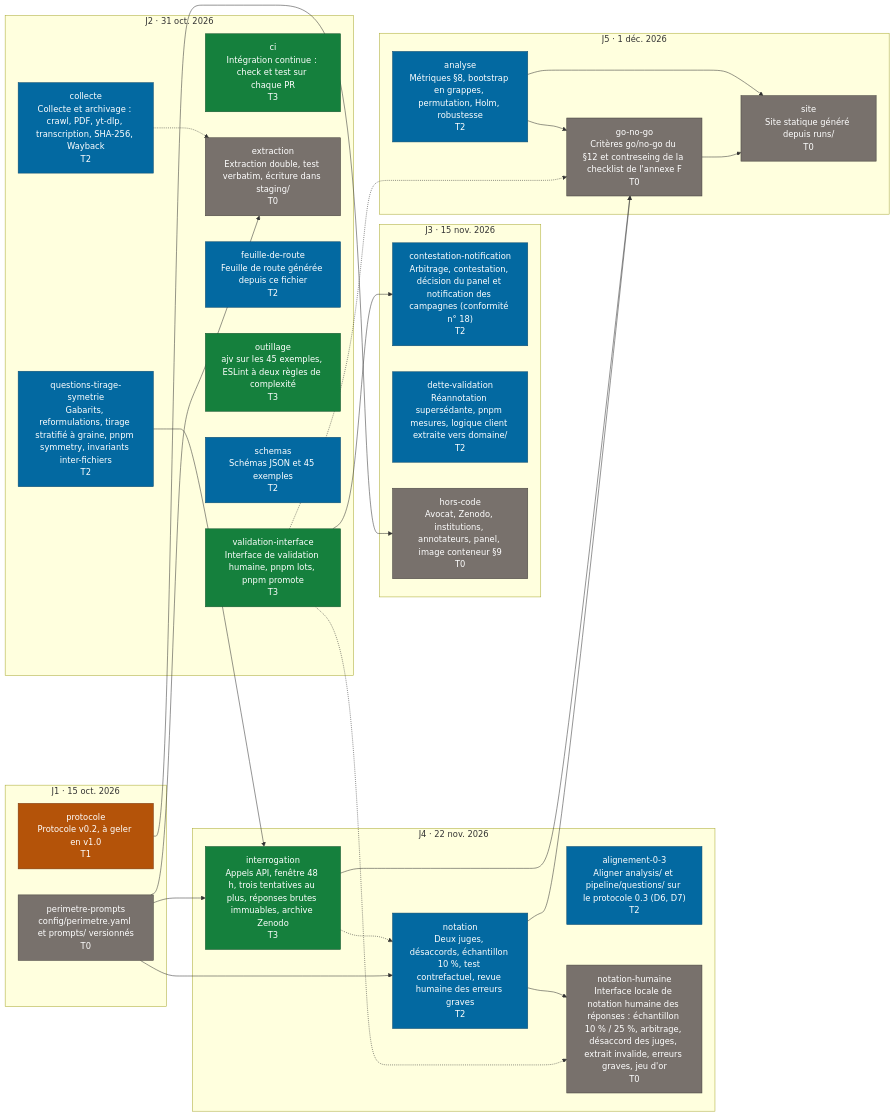
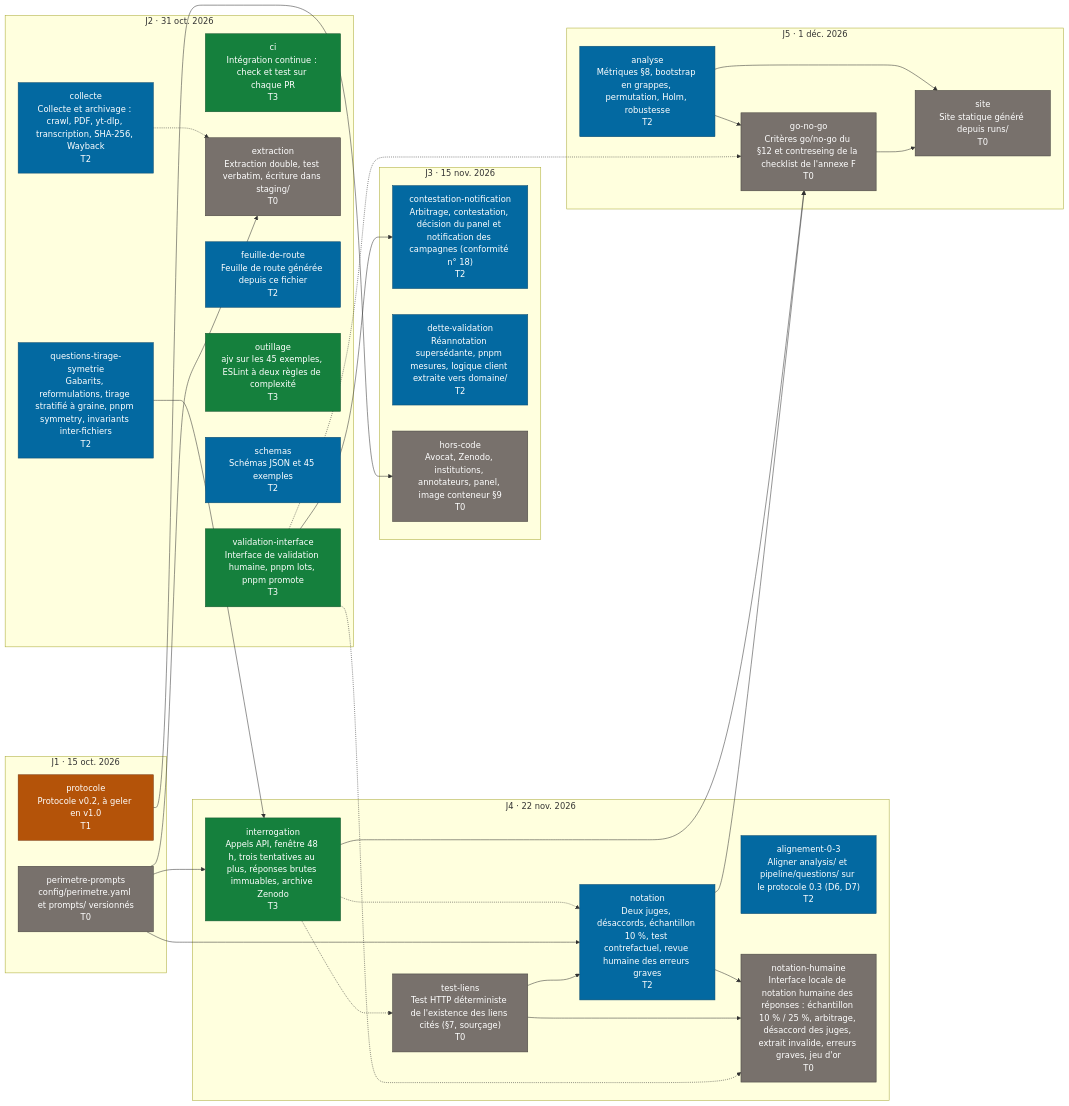
Before and after one commit to AzurNow/DEMOCRACIE_2027: the diagram in docs/FEUILLE-DE-ROUTE.md, drawn with Mermaid. The commit also changed other lines of this file and 2 other files, not shown here.

Commit message:
docs : décision D18 (notation humaine), lot test-liens

````diff
--- a/docs/FEUILLE-DE-ROUTE.md
+++ b/docs/FEUILLE-DE-ROUTE.md
@@ -83,55 +87,59 @@
 ```mermaid
 flowchart LR
   subgraph jalon_J1["J1 · 15 oct. 2026"]
     lot_perimetre_prompts["perimetre-prompts<br/>config/perimetre.yaml et prompts/ versionnés<br/>T0"]:::T0
     lot_protocole["protocole<br/>Protocole v0.2, à geler en v1.0<br/>T1"]:::T1
   end
   subgraph jalon_J2["J2 · 31 oct. 2026"]
     lot_ci["ci<br/>Intégration continue : check et test sur chaque PR<br/>T3"]:::T3
     lot_collecte["collecte<br/>Collecte et archivage : crawl, PDF, yt-dlp, transcription, SHA-256, Wayback<br/>T2"]:::T2
     lot_extraction["extraction<br/>Extraction double, test verbatim, écriture dans staging/<br/>T0"]:::T0
     lot_feuille_de_route["feuille-de-route<br/>Feuille de route générée depuis ce fichier<br/>T2"]:::T2
     lot_outillage["outillage<br/>ajv sur les 45 exemples, ESLint à deux règles de complexité<br/>T3"]:::T3
     lot_questions_tirage_symetrie["questions-tirage-symetrie<br/>Gabarits, reformulations, tirage stratifié à graine, pnpm symmetry, invariants inter-fichiers<br/>T2"]:::T2
     lot_schemas["schemas<br/>Schémas JSON et 45 exemples<br/>T2"]:::T2
     lot_validation_interface["validation-interface<br/>Interface de validation humaine, pnpm lots, pnpm promote<br/>T3"]:::T3
   end
   subgraph jalon_J3["J3 · 15 nov. 2026"]
     lot_contestation_notification["contestation-notification<br/>Arbitrage, contestation, décision du panel et notification des campagnes (conformité n° 18)<br/>T2"]:::T2
     lot_dette_validation["dette-validation<br/>Réannotation supersédante, pnpm mesures, logique client extraite vers domaine/<br/>T2"]:::T2
     lot_hors_code["hors-code<br/>Avocat, Zenodo, institutions, annotateurs, panel, image conteneur §9<br/>T0"]:::T0
   end
   subgraph jalon_J4["J4 · 22 nov. 2026"]
     lot_alignement_0_3["alignement-0-3<br/>Aligner analysis/ et pipeline/questions/ sur le protocole 0.3 (D6, D7)<br/>T2"]:::T2
     lot_interrogation["interrogation<br/>Appels API, fenêtre 48 h, trois tentatives au plus, réponses brutes immuables, archive Zenodo<br/>T3"]:::T3
     lot_notation["notation<br/>Deux juges, désaccords, échantillon 10 %, test contrefactuel, revue humaine des erreurs graves<br/>T2"]:::T2
     lot_notation_humaine["notation-humaine<br/>Interface locale de notation humaine des réponses : échantillon 10 % / 25 %, arbitrage, désaccord des juges, extrait invalide, erreurs graves, jeu d'or<br/>T0"]:::T0
+    lot_test_liens["test-liens<br/>Test HTTP déterministe de l'existence des liens cités (§7, sourçage)<br/>T0"]:::T0
   end
   subgraph jalon_J5["J5 · 1 déc. 2026"]
     lot_analyse["analyse<br/>Métriques §8, bootstrap en grappes, permutation, Holm, robustesse<br/>T2"]:::T2
     lot_go_no_go["go-no-go<br/>Critères go/no-go du §12 et contreseing de la checklist de l'annexe F<br/>T0"]:::T0
     lot_site["site<br/>Site statique généré depuis runs/<br/>T0"]:::T0
   end
   lot_validation_interface --> lot_contestation_notification
   lot_collecte -.-> lot_extraction
   lot_perimetre_prompts --> lot_extraction
   lot_analyse --> lot_go_no_go
   lot_interrogation --> lot_go_no_go
   lot_notation --> lot_go_no_go
   lot_validation_interface -.-> lot_go_no_go
   lot_protocole --> lot_hors_code
   lot_perimetre_prompts --> lot_interrogation
   lot_questions_tirage_symetrie --> lot_interrogation
   lot_interrogation -.-> lot_notation
   lot_perimetre_prompts --> lot_notation
+  lot_test_liens --> lot_notation
   lot_notation --> lot_notation_humaine
+  lot_test_liens --> lot_notation_humaine
   lot_validation_interface -.-> lot_notation_humaine
   lot_analyse --> lot_site
   lot_go_no_go --> lot_site
+  lot_interrogation -.-> lot_test_liens
   classDef T0 fill:#78716c,color:#ffffff,stroke:#44403c
   classDef T1 fill:#b45309,color:#ffffff,stroke:#78350f
   classDef T2 fill:#0369a1,color:#ffffff,stroke:#0c4a6e
   classDef T3 fill:#15803d,color:#ffffff,stroke:#14532d
   classDef T4 fill:#1d4ed8,color:#ffffff,stroke:#1e3a8a
   classDef decision fill:#b91c1c,color:#ffffff,stroke:#7f1d1d
 ```
````
